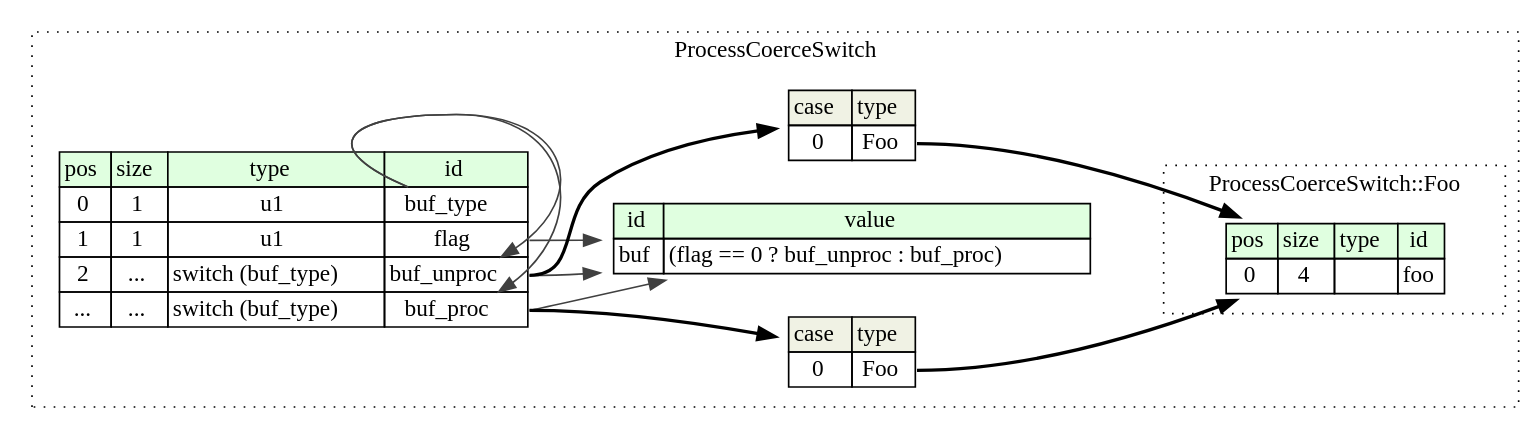
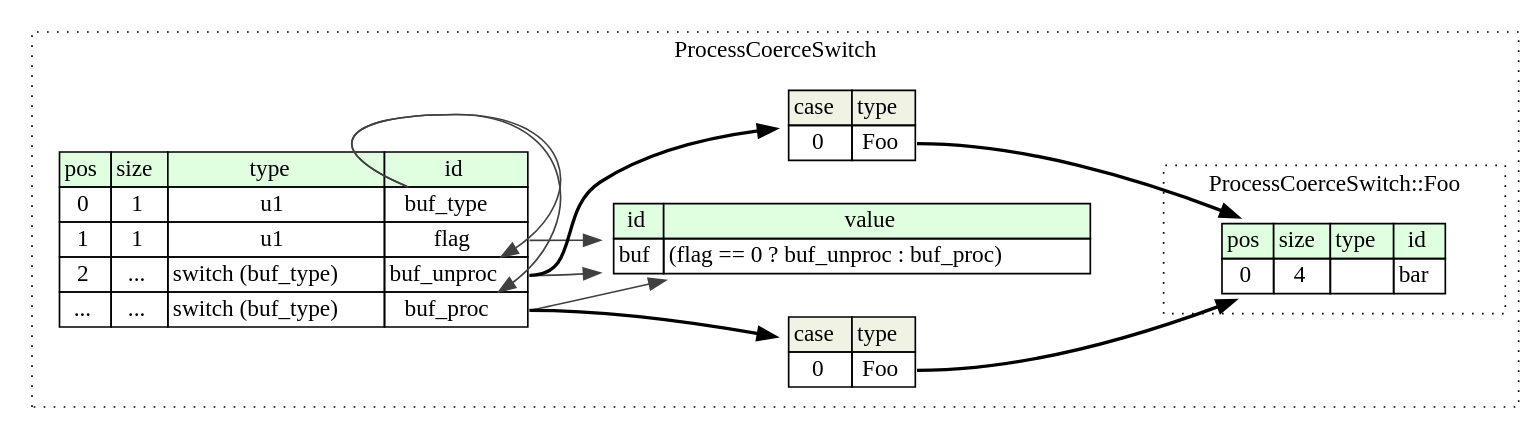
One commit to kaitai-io/ci_targets changed the diagram in compiled/graphviz/process_coerce_switch.dot. Above: the diagram before and after it, drawn with Graphviz. The commit also changed 8 other files, not shown here.

```diff
--- a/compiled/graphviz/process_coerce_switch.dot
+++ b/compiled/graphviz/process_coerce_switch.dot
@@ -1,46 +1,46 @@
 digraph {
 	rankdir=LR;
 	node [shape=plaintext];
 	subgraph cluster__process_coerce_switch {
 		label="ProcessCoerceSwitch";
 		graph[style=dotted];
 
 		process_coerce_switch__seq [label=<<TABLE BORDER="0" CELLBORDER="1" CELLSPACING="0">
 			<TR><TD BGCOLOR="#E0FFE0">pos</TD><TD BGCOLOR="#E0FFE0">size</TD><TD BGCOLOR="#E0FFE0">type</TD><TD BGCOLOR="#E0FFE0">id</TD></TR>
 			<TR><TD PORT="buf_type_pos">0</TD><TD PORT="buf_type_size">1</TD><TD>u1</TD><TD PORT="buf_type_type">buf_type</TD></TR>
 			<TR><TD PORT="flag_pos">1</TD><TD PORT="flag_size">1</TD><TD>u1</TD><TD PORT="flag_type">flag</TD></TR>
 			<TR><TD PORT="buf_unproc_pos">2</TD><TD PORT="buf_unproc_size">...</TD><TD>switch (buf_type)</TD><TD PORT="buf_unproc_type">buf_unproc</TD></TR>
 			<TR><TD PORT="buf_proc_pos">...</TD><TD PORT="buf_proc_size">...</TD><TD>switch (buf_type)</TD><TD PORT="buf_proc_type">buf_proc</TD></TR>
 		</TABLE>>];
 		process_coerce_switch__inst__buf [label=<<TABLE BORDER="0" CELLBORDER="1" CELLSPACING="0">
 			<TR><TD BGCOLOR="#E0FFE0">id</TD><TD BGCOLOR="#E0FFE0">value</TD></TR>
 			<TR><TD>buf</TD><TD>(flag == 0 ? buf_unproc : buf_proc)</TD></TR>
 		</TABLE>>];
 process_coerce_switch__seq_buf_unproc_switch [label=<<TABLE BORDER="0" CELLBORDER="1" CELLSPACING="0">
 	<TR><TD BGCOLOR="#F0F2E4">case</TD><TD BGCOLOR="#F0F2E4">type</TD></TR>
 	<TR><TD>0</TD><TD PORT="case0">Foo</TD></TR>
 </TABLE>>];
 process_coerce_switch__seq_buf_proc_switch [label=<<TABLE BORDER="0" CELLBORDER="1" CELLSPACING="0">
 	<TR><TD BGCOLOR="#F0F2E4">case</TD><TD BGCOLOR="#F0F2E4">type</TD></TR>
 	<TR><TD>0</TD><TD PORT="case0">Foo</TD></TR>
 </TABLE>>];
 		subgraph cluster__foo {
 			label="ProcessCoerceSwitch::Foo";
 			graph[style=dotted];
 
 			foo__seq [label=<<TABLE BORDER="0" CELLBORDER="1" CELLSPACING="0">
 				<TR><TD BGCOLOR="#E0FFE0">pos</TD><TD BGCOLOR="#E0FFE0">size</TD><TD BGCOLOR="#E0FFE0">type</TD><TD BGCOLOR="#E0FFE0">id</TD></TR>
-				<TR><TD PORT="foo_pos">0</TD><TD PORT="foo_size">4</TD><TD></TD><TD PORT="foo_type">foo</TD></TR>
+				<TR><TD PORT="bar_pos">0</TD><TD PORT="bar_size">4</TD><TD></TD><TD PORT="bar_type">bar</TD></TR>
 			</TABLE>>];
 		}
 	}
 	process_coerce_switch__seq:buf_unproc_type -> process_coerce_switch__seq_buf_unproc_switch [style=bold];
 	process_coerce_switch__seq_buf_unproc_switch:case0 -> foo__seq [style=bold];
 	process_coerce_switch__seq:buf_type_type -> process_coerce_switch__seq:buf_unproc_type [color="#404040"];
 	process_coerce_switch__seq:buf_proc_type -> process_coerce_switch__seq_buf_proc_switch [style=bold];
 	process_coerce_switch__seq_buf_proc_switch:case0 -> foo__seq [style=bold];
 	process_coerce_switch__seq:buf_type_type -> process_coerce_switch__seq:buf_proc_type [color="#404040"];
 	process_coerce_switch__seq:flag_type -> process_coerce_switch__inst__buf [color="#404040"];
 	process_coerce_switch__seq:buf_unproc_type -> process_coerce_switch__inst__buf [color="#404040"];
 	process_coerce_switch__seq:buf_proc_type -> process_coerce_switch__inst__buf [color="#404040"];
 }
```
